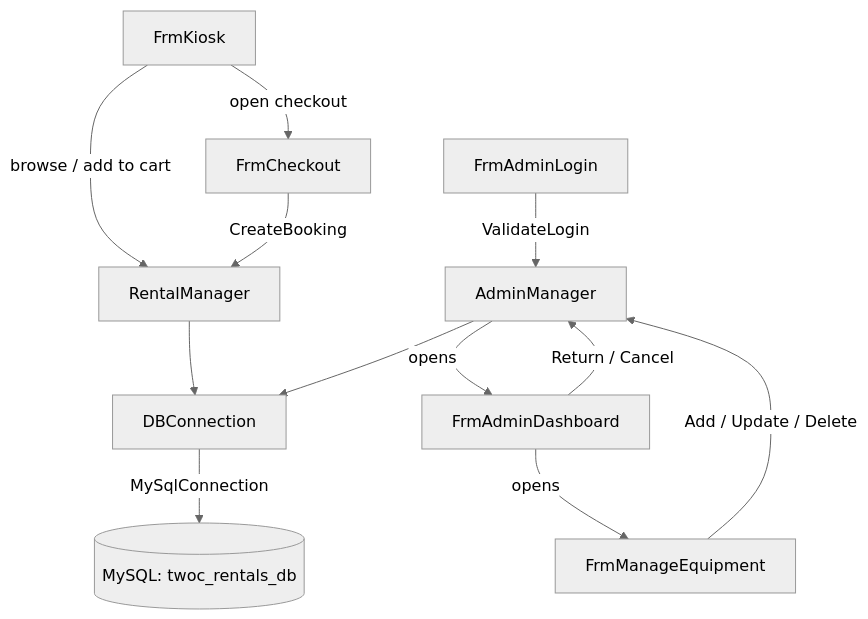
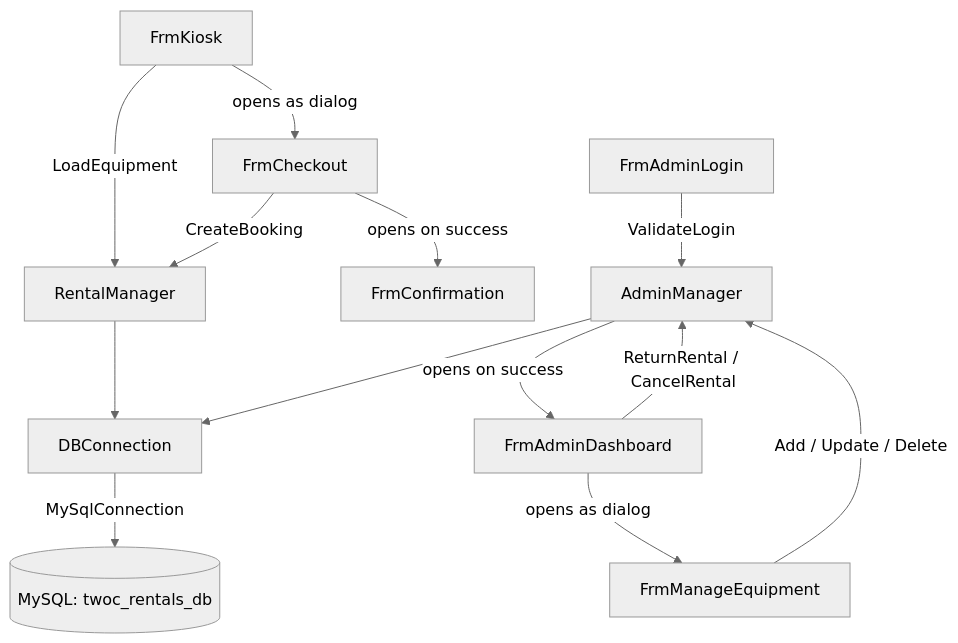
Before and after one commit to Tways-study/Equipment-Rental-System: the diagram in README.md, drawn with Mermaid (neutral theme). The commit also changed other lines of this file, not shown here.

Commit message:
docs: rewrite README with full setup guide, architecture diagram, and tech stack

````diff
--- a/README.md
+++ b/README.md
@@ -111,14 +106,15 @@
 ```mermaid
 graph TD
-    A[FrmKiosk] -->|browse / add to cart| B[RentalManager]
-    A -->|open checkout| C[FrmCheckout]
+    A[FrmKiosk] -->|LoadEquipment| B[RentalManager]
+    A -->|opens as dialog| C[FrmCheckout]
     C -->|CreateBooking| B
+    C -->|opens on success| D[FrmConfirmation]
     B --> E[DBConnection]
-    D[FrmAdminLogin] -->|ValidateLogin| F[AdminManager]
-    F --> E
-    F -->|opens| G[FrmAdminDashboard]
-    G -->|Return / Cancel| F
-    G -->|opens| H[FrmManageEquipment]
-    H -->|Add / Update / Delete| F
-    E -->|MySqlConnection| I[(MySQL: twoc_rentals_db)]
+    F[FrmAdminLogin] -->|ValidateLogin| G[AdminManager]
+    G --> E
+    G -->|opens on success| H[FrmAdminDashboard]
+    H -->|ReturnRental / CancelRental| G
+    H -->|opens as dialog| I[FrmManageEquipment]
+    I -->|Add / Update / Delete| G
+    E -->|MySqlConnection| J[(MySQL: twoc_rentals_db)]
 ```
````
